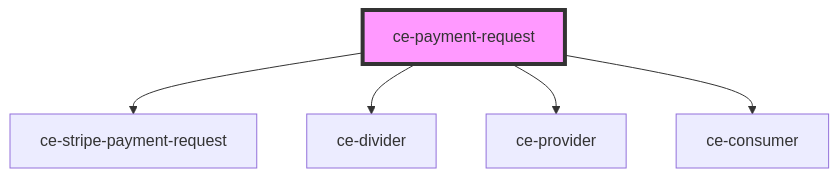
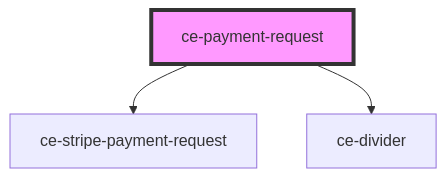
Before and after one commit to surecart/surecart-wp-plugin: the diagram in packages/components/docs/components/controllers/payment-request/readme.md, drawn with Mermaid. The commit also changed other lines of this file and 9 other files, not shown here.

````diff
--- a/packages/components/docs/components/controllers/payment-request/readme.md
+++ b/packages/components/docs/components/controllers/payment-request/readme.md
@@ -18,8 +25,6 @@
 ```mermaid
 graph TD;
   ce-payment-request --> ce-stripe-payment-request
   ce-payment-request --> ce-divider
-  ce-payment-request --> ce-provider
-  ce-payment-request --> ce-consumer
   style ce-payment-request fill:#f9f,stroke:#333,stroke-width:4px
 ```
````
